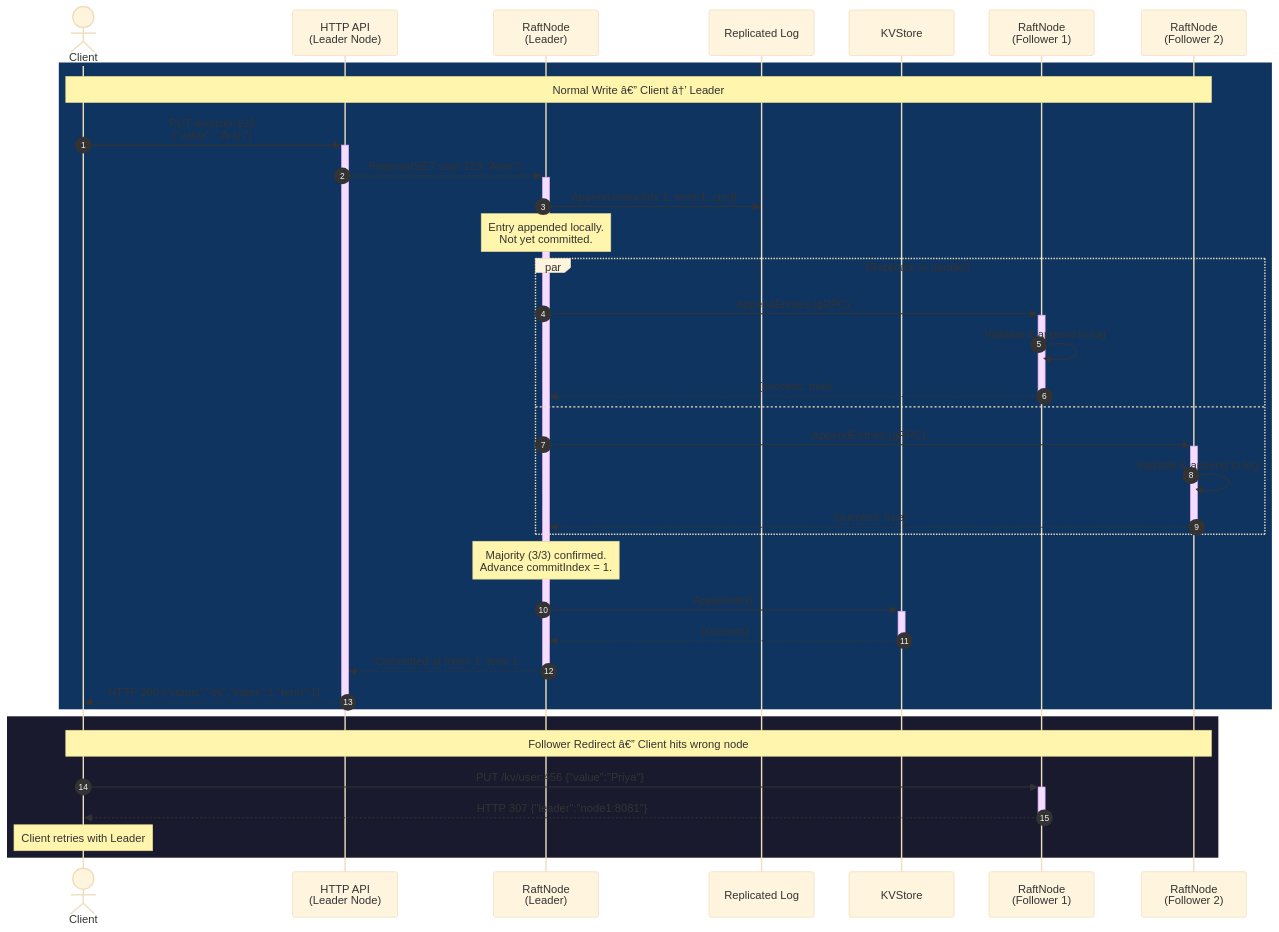
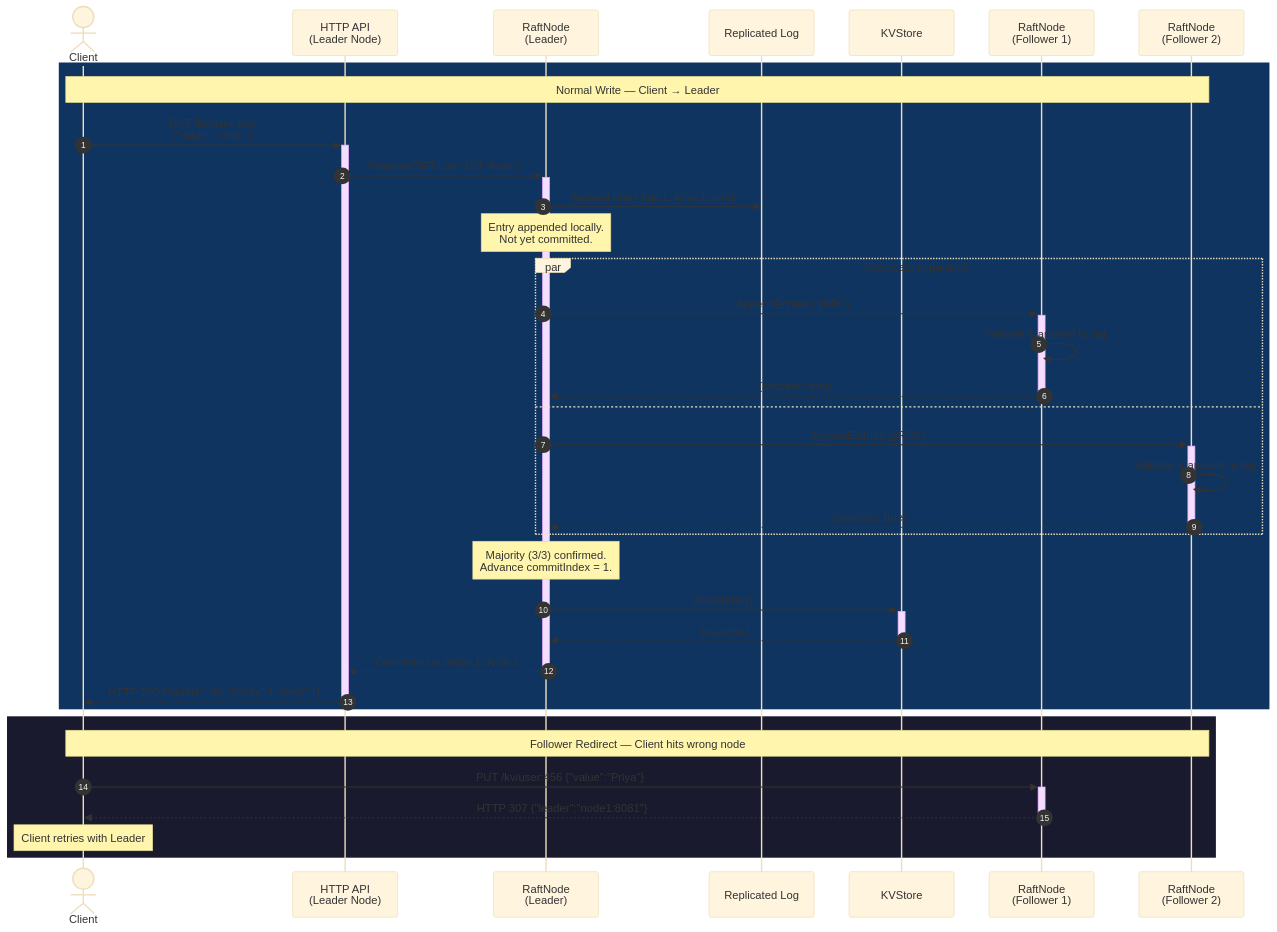
The third of 4 diagrams in README.md (DynamicRaftKV/dynamic-raft-kv), drawn with Mermaid (base theme) before and after one commit. The commit also changed other lines of this file, not shown here.

````diff
--- a/README.md
+++ b/README.md
@@ -155,40 +155,40 @@
 ```mermaid
 sequenceDiagram
     autonumber
     actor Client
     participant HTTP as HTTP API<br/>(Leader Node)
     participant Leader as RaftNode<br/>(Leader)
     participant Log as Replicated Log
     participant SM as KVStore
     participant F1 as RaftNode<br/>(Follower 1)
     participant F2 as RaftNode<br/>(Follower 2)
 
     rect rgb(15, 52, 96)
-        Note over Client,F2: Normal Write â€” Client â†’ Leader
+        Note over Client,F2: Normal Write — Client → Leader
         Client->>+HTTP: PUT /kv/user:123<br/>{"value": "Aran"}
         HTTP->>+Leader: Propose(SET user:123 "Aran")
         Leader->>Log: Append entry {idx:1, term:1, cmd}
         Note over Leader: Entry appended locally.<br/>Not yet committed.
         par Replicate in parallel
             Leader->>+F1: AppendEntries (gRPC)
             F1->>F1: Validate & append to log
             F1-->>-Leader: {success: true}
         and
             Leader->>+F2: AppendEntries (gRPC)
             F2->>F2: Validate & append to log
             F2-->>-Leader: {success: true}
         end
         Note over Leader: Majority (3/3) confirmed.<br/>Advance commitIndex = 1.
         Leader->>+SM: Apply(entry)
         SM-->>-Leader: {success}
         Leader-->>-HTTP: Committed at index 1, term 1
         HTTP-->>-Client: HTTP 200 {"status":"ok","index":1,"term":1}
     end
 
     rect rgb(26, 26, 46)
-        Note over Client,F2: Follower Redirect â€” Client hits wrong node
+        Note over Client,F2: Follower Redirect — Client hits wrong node
         Client->>+F1: PUT /kv/user:456 {"value":"Priya"}
         F1-->>-Client: HTTP 307 {"leader":"node1:8081"}
         Note over Client: Client retries with Leader
     end
 ```
````
